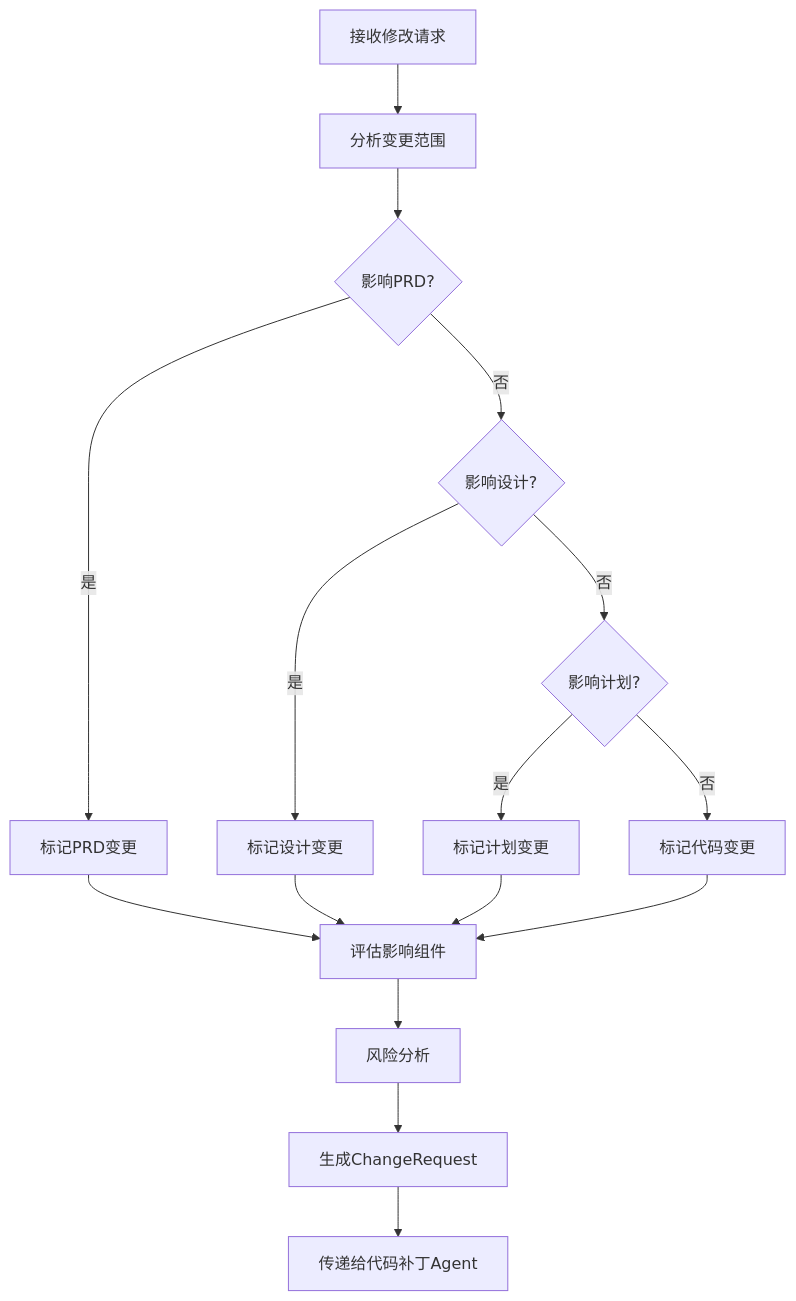
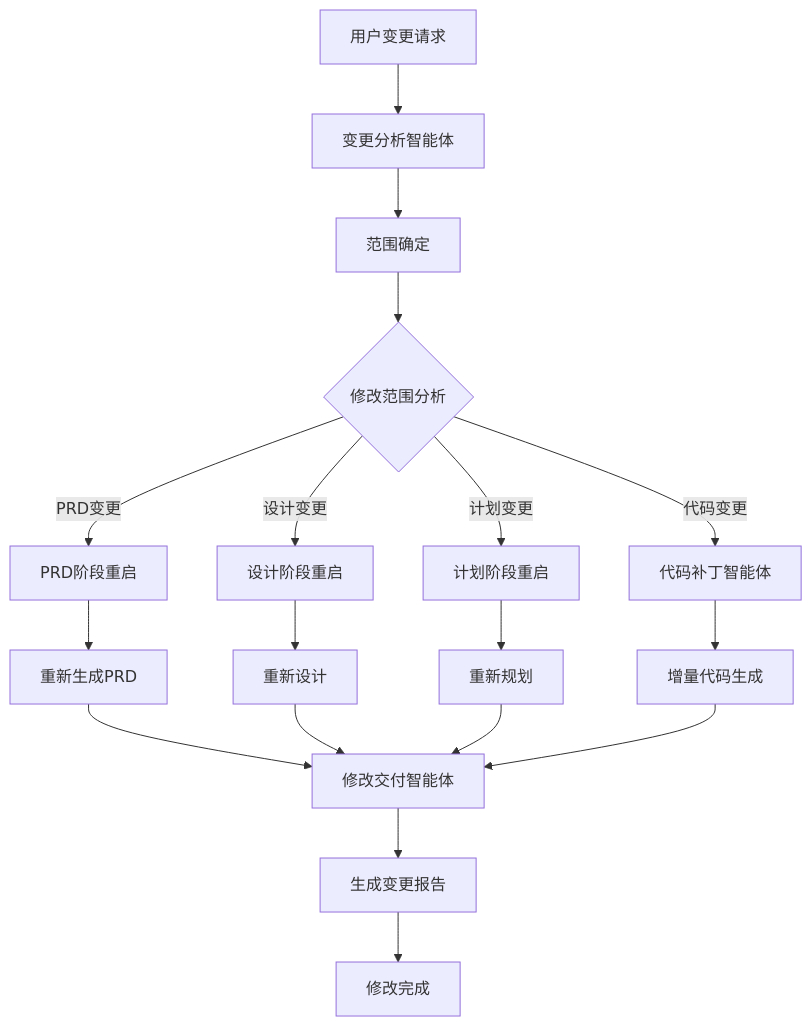
One commit to sopaco/cowork-forge changed the third of 9 diagrams in litho.docs/zh/3、工作流程.md. Above: the diagram before and after it, drawn with Mermaid. The commit also changed other lines of this file and 26 other files, not shown here.

````diff
--- a/litho.docs/zh/3、工作流程.md
+++ b/litho.docs/zh/3、工作流程.md
@@ -123,18 +145,23 @@
 ```mermaid
-graph TD
-    A[接收修改请求] --> B[分析变更范围]
-    B --> C{影响PRD?}
-    C -->|是| D[标记PRD变更]
-    C -->|否| E{影响设计?}
-    E -->|是| F[标记设计变更]
-    E -->|否| G{影响计划?}
-    G -->|是| H[标记计划变更]
-    G -->|否| I[标记代码变更]
-    D --> J[评估影响组件]
-    F --> J
-    H --> J
-    I --> J
-    J --> K[风险分析]
-    K --> L[生成ChangeRequest]
-    L --> M[传递给代码补丁Agent]
+graph TB
+    A[用户变更请求] --> B[变更分析智能体]
+    B --> C[范围确定]
+    C --> D{修改范围分析}
+    D -->|PRD变更| E[PRD阶段重启]
+    D -->|设计变更| F[设计阶段重启]
+    D -->|计划变更| G[计划阶段重启]
+    D -->|代码变更| H[代码补丁智能体]
+    
+    E --> I[重新生成PRD]
+    F --> J[重新设计]
+    G --> K[重新规划]
+    H --> L[增量代码生成]
+    
+    I --> M[修改交付智能体]
+    J --> M
+    K --> M
+    L --> M
+    
+    M --> N[生成变更报告]
+    N --> O[修改完成]
 ```
````
